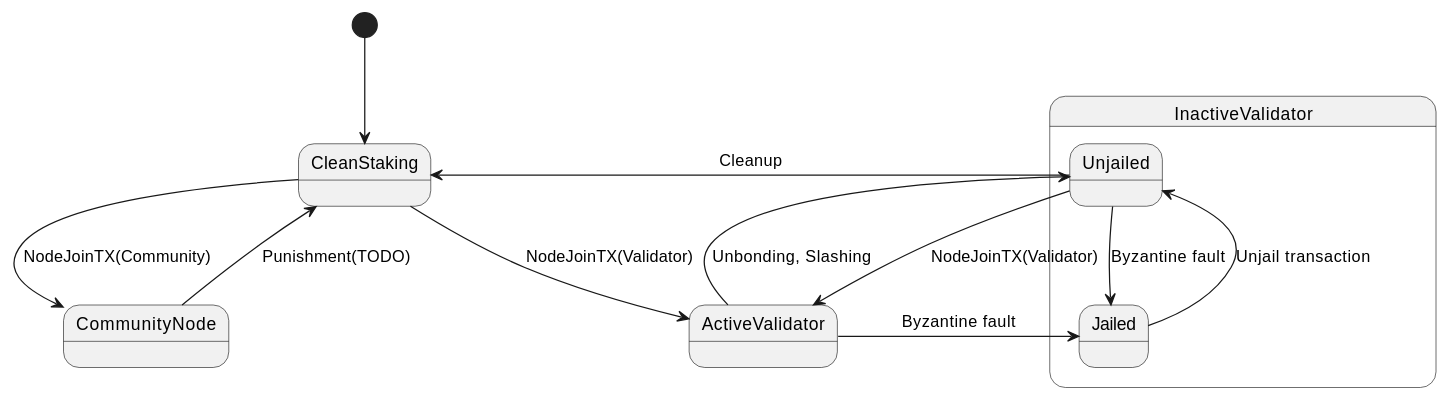
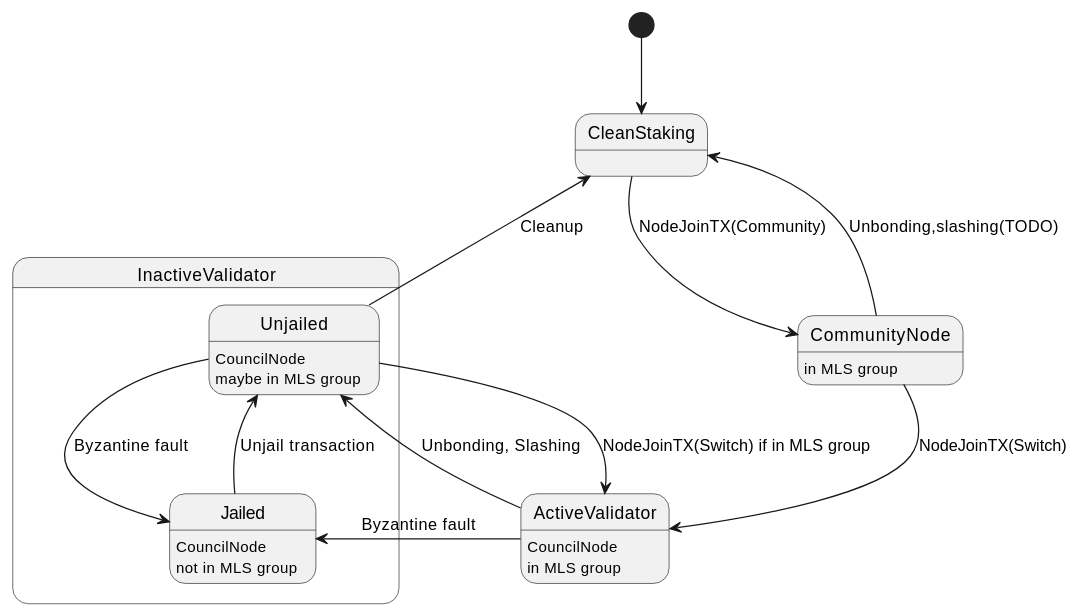
One commit to crypto-org-chain/chain-docs changed the diagram in docs/modules/staking-state.md. Above: the diagram before and after it, drawn with PlantUML. The commit also changed 2 other files, not shown here.

Commit message:
Problem: possible timeout between block signing and catch-up nodejoin (fixes #215) (#217)
Solution: made the nodejoin process for validators two step:
1) join as a community node -- catch up with the network
2) switch to a council node

````diff
--- a/docs/modules/staking-state.md
+++ b/docs/modules/staking-state.md
@@ -105,19 +105,30 @@
 ```plantuml
 [*] --> CleanStaking
 
 state InactiveValidator {
   Unjailed --> Jailed : Byzantine fault
   Jailed --> Unjailed : Unjail transaction
 }
 
-CleanStaking --> ActiveValidator : NodeJoinTX(Validator)
-Unjailed --> ActiveValidator : NodeJoinTX(Validator)
+ActiveValidator: CouncilNode
+ActiveValidator: in MLS group
+
+CommunityNode: in MLS group
+
+Jailed: CouncilNode
+Jailed: not in MLS group
+
+Unjailed: CouncilNode
+Unjailed: maybe in MLS group
+
+Unjailed --> ActiveValidator : NodeJoinTX(Switch) if in MLS group
 
 CleanStaking --> CommunityNode : NodeJoinTX(Community)
 
 ActiveValidator --> Unjailed : Unbonding, Slashing
 ActiveValidator --> Jailed : Byzantine fault
 
 Unjailed --> CleanStaking : Cleanup
-CommunityNode --> CleanStaking : Punishment(TODO)
+CommunityNode --> CleanStaking : Unbonding,slashing(TODO)
+CommunityNode --> ActiveValidator : NodeJoinTX(Switch)
 ```
````
